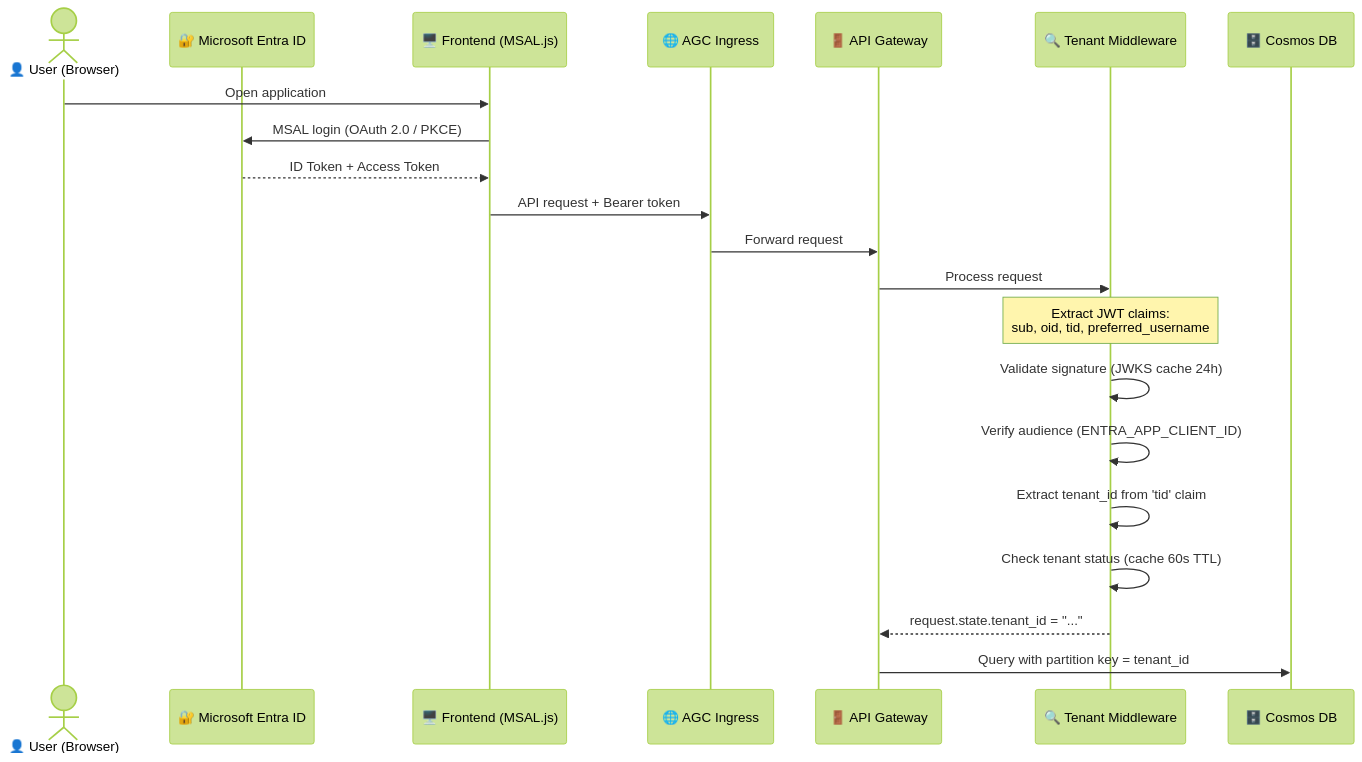
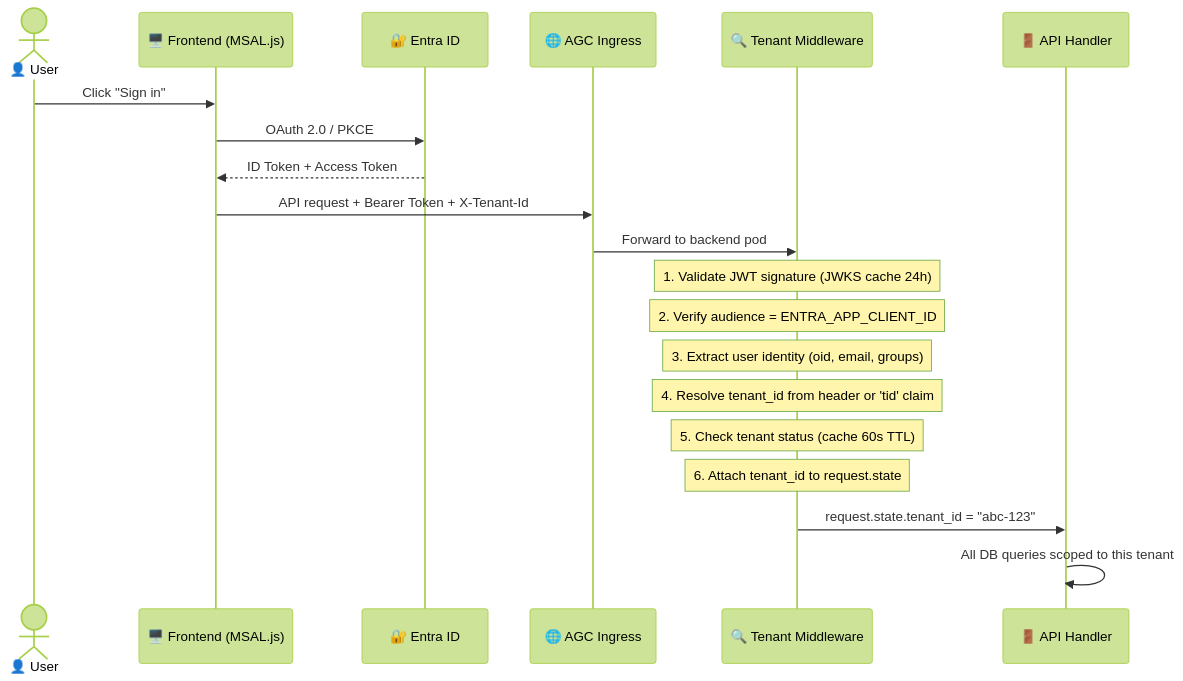
The second of 7 diagrams in README.md (roie9876/AI-Platform-System), drawn with Mermaid (forest theme) before and after one commit. The commit also changed other lines of this file and 1 other file, not shown here.

Commit message:
docs: comprehensive README rewrite with full architecture documentation

````diff
--- a/README.md
+++ b/README.md
@@ -547,26 +258,25 @@
 ```mermaid
 sequenceDiagram
-    actor User as 👤 User (Browser)
-    participant Entra as 🔐 Microsoft Entra ID
+    actor User as 👤 User
     participant FE as 🖥️ Frontend (MSAL.js)
+    participant Entra as 🔐 Entra ID
     participant AGC as 🌐 AGC Ingress
-    participant GW as 🚪 API Gateway
     participant MW as 🔍 Tenant Middleware
-    participant Cosmos as 🗄️ Cosmos DB
+    participant API as 🚪 API Handler
 
-    User->>FE: Open application
-    FE->>Entra: MSAL login (OAuth 2.0 / PKCE)
+    User->>FE: Click "Sign in"
+    FE->>Entra: OAuth 2.0 / PKCE
     Entra-->>FE: ID Token + Access Token
-    FE->>AGC: API request + Bearer token
-    AGC->>GW: Forward request
-    GW->>MW: Process request
+    FE->>AGC: API request + Bearer Token + X-Tenant-Id
+    AGC->>MW: Forward to backend pod
 
-    Note over MW: Extract JWT claims:<br/>sub, oid, tid, preferred_username
+    Note over MW: 1. Validate JWT signature (JWKS cache 24h)
+    Note over MW: 2. Verify audience = ENTRA_APP_CLIENT_ID
+    Note over MW: 3. Extract user identity (oid, email, groups)
+    Note over MW: 4. Resolve tenant_id from header or 'tid' claim
+    Note over MW: 5. Check tenant status (cache 60s TTL)
+    Note over MW: 6. Attach tenant_id to request.state
 
-    MW->>MW: Validate signature (JWKS cache 24h)
-    MW->>MW: Verify audience (ENTRA_APP_CLIENT_ID)
-    MW->>MW: Extract tenant_id from 'tid' claim
-    MW->>MW: Check tenant status (cache 60s TTL)
-    MW-->>GW: request.state.tenant_id = "..."
-    GW->>Cosmos: Query with partition key = tenant_id
+    MW->>API: request.state.tenant_id = "abc-123"
+    API->>API: All DB queries scoped to this tenant
 ```
````
